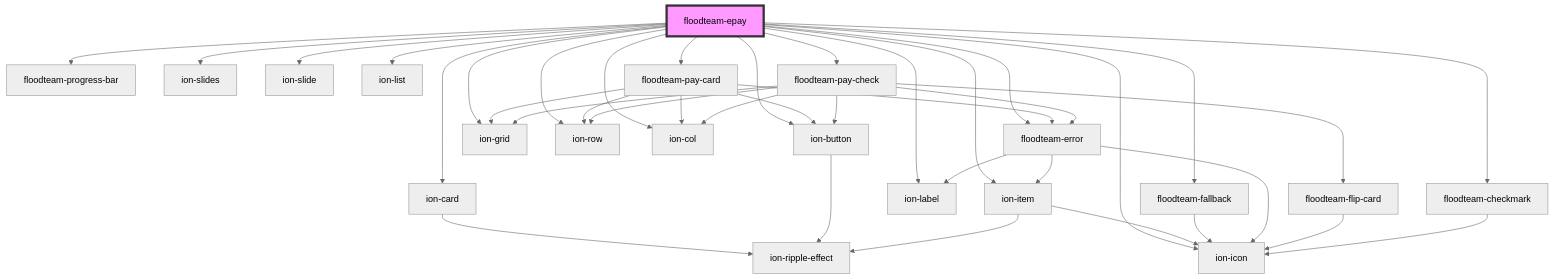
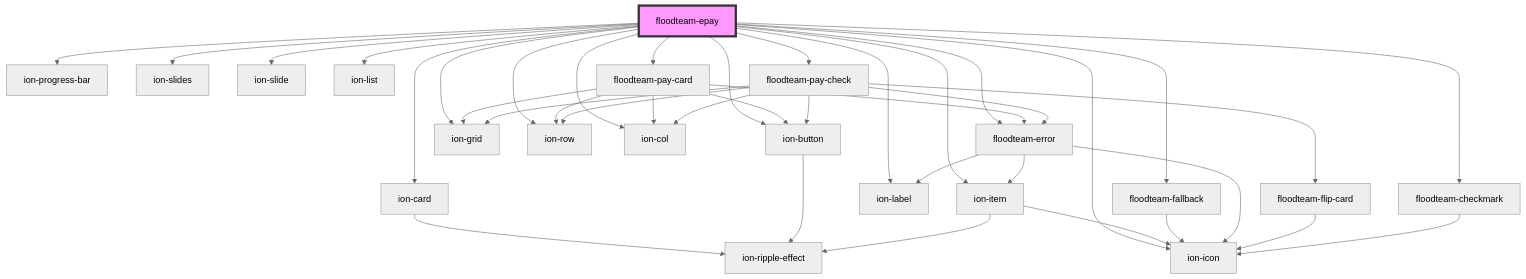
The diagram in src/components/epay/readme.md (FloodTeam/components), drawn with Mermaid (neutral theme) before and after one commit. The commit also changed other lines of this file and 7 other files, not shown here.

````diff
--- a/src/components/epay/readme.md
+++ b/src/components/epay/readme.md
@@ -112,42 +112,42 @@
 ```mermaid
 graph TD;
   floodteam-epay --> ion-card
   floodteam-epay --> ion-button
   floodteam-epay --> ion-icon
-  floodteam-epay --> floodteam-progress-bar
+  floodteam-epay --> ion-progress-bar
   floodteam-epay --> ion-slides
   floodteam-epay --> ion-slide
   floodteam-epay --> ion-grid
   floodteam-epay --> ion-row
   floodteam-epay --> ion-col
   floodteam-epay --> ion-item
   floodteam-epay --> ion-label
   floodteam-epay --> floodteam-fallback
   floodteam-epay --> ion-list
   floodteam-epay --> floodteam-pay-card
   floodteam-epay --> floodteam-pay-check
   floodteam-epay --> floodteam-error
   floodteam-epay --> floodteam-checkmark
   ion-card --> ion-ripple-effect
   ion-button --> ion-ripple-effect
   ion-item --> ion-icon
   ion-item --> ion-ripple-effect
   floodteam-fallback --> ion-icon
   floodteam-pay-card --> floodteam-error
   floodteam-pay-card --> ion-grid
   floodteam-pay-card --> ion-row
   floodteam-pay-card --> ion-col
   floodteam-pay-card --> ion-button
   floodteam-error --> ion-item
   floodteam-error --> ion-icon
   floodteam-error --> ion-label
   floodteam-pay-check --> floodteam-error
   floodteam-pay-check --> floodteam-flip-card
   floodteam-pay-check --> ion-grid
   floodteam-pay-check --> ion-row
   floodteam-pay-check --> ion-col
   floodteam-pay-check --> ion-button
   floodteam-flip-card --> ion-icon
   floodteam-checkmark --> ion-icon
   style floodteam-epay fill:#f9f,stroke:#333,stroke-width:4px
 ```
````
